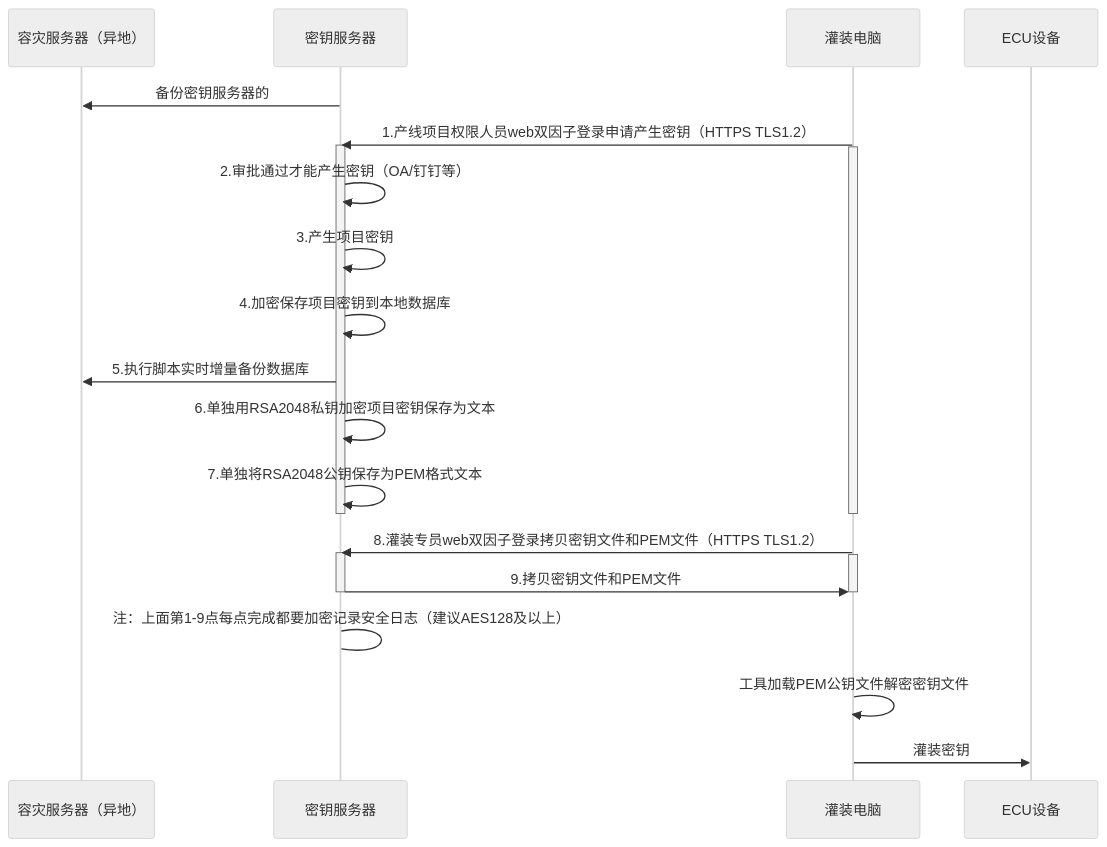
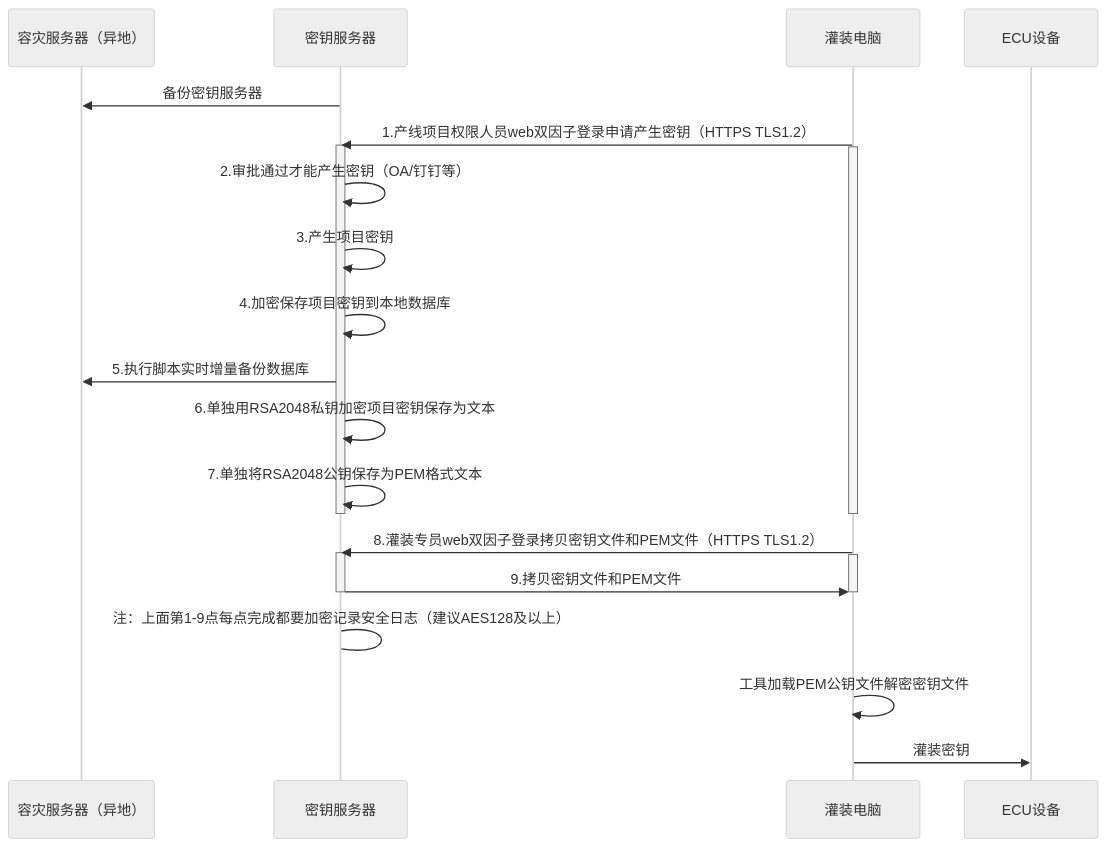
Before and after one commit to facebook-cloud/iodraw-files: the diagram in all/未命名-15.md, drawn with Mermaid (neutral theme).

Commit message:
2026-02-12 16:17:29 update

````diff
--- a/all/未命名-15.md
+++ b/all/未命名-15.md
@@ -1,32 +1,32 @@
 ```mermaid
 sequenceDiagram
     participant A as 容灾服务器（异地）
     participant B as 密钥服务器
     participant D as 灌装电脑
     participant E as ECU设备
 
-    B->>A: 备份密钥服务器的
+    B->>A: 备份密钥服务器
     D->>B: 1.产线项目权限人员web双因子登录申请产生密钥（HTTPS TLS1.2）
     activate B
     activate D
     B->>B: 2.审批通过才能产生密钥（OA/钉钉等）
     B->>B: 3.产生项目密钥
     B->>B: 4.加密保存项目密钥到本地数据库
     B->>A: 5.执行脚本实时增量备份数据库
     B->>B: 6.单独用RSA2048私钥加密项目密钥保存为文本
     B->>B: 7.单独将RSA2048公钥保存为PEM格式文本
     deactivate B
     deactivate D
     
     D->>B: 8.灌装专员web双因子登录拷贝密钥文件和PEM文件（HTTPS TLS1.2）
     activate B
     activate D
     B->>D: 9.拷贝密钥文件和PEM文件
     deactivate B
     deactivate D
     B->B: 注：上面第1-9点每点完成都要加密记录安全日志（建议AES128及以上）
 
     D->>D:工具加载PEM公钥文件解密密钥文件
     
     D->>E: 灌装密钥
 ```
````
